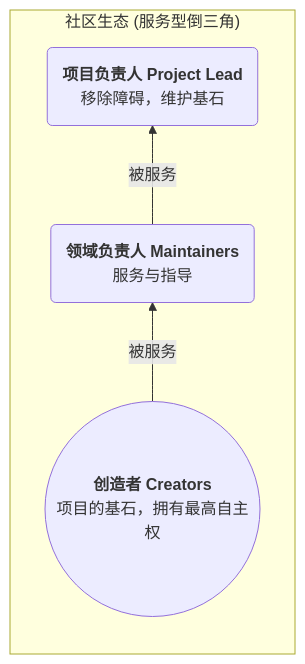
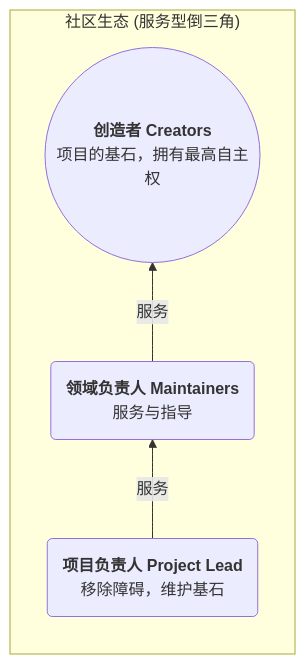
The diagram in doc/open-source-governance/GOVERNANCE_CHARTER.md (rainbow-loong/OneMind), drawn with Mermaid before and after one commit.

````diff
--- a/doc/open-source-governance/GOVERNANCE_CHARTER.md
+++ b/doc/open-source-governance/GOVERNANCE_CHARTER.md
@@ -36,8 +36,8 @@
     ```mermaid
     graph TD
         subgraph "社区生态 (服务型倒三角)"
             direction BT
-            C((<b>创造者 Creators</b><br>项目的基石，拥有最高自主权)) -- "被服务" --> M("<b>领域负责人 Maintainers</b><br>服务与指导")
-            M -- "被服务" --> P("<b>项目负责人 Project Lead</b><br>移除障碍，维护基石")
+            C("<b>项目负责人 Project Lead</b><br>移除障碍，维护基石") -- "服务" --> M("<b>领域负责人 Maintainers</b><br>服务与指导")
+            M -- "服务" --> P((<b>创造者 Creators</b><br>项目的基石，拥有最高自主权))
         end
     ```
````
